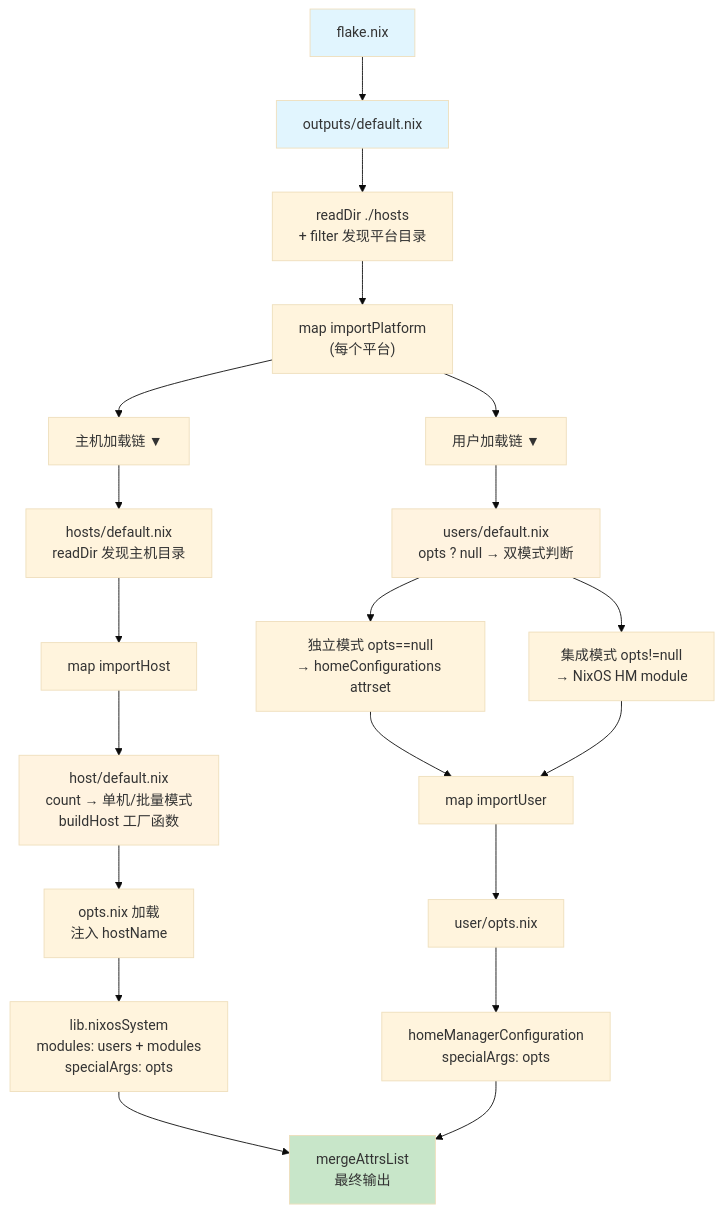
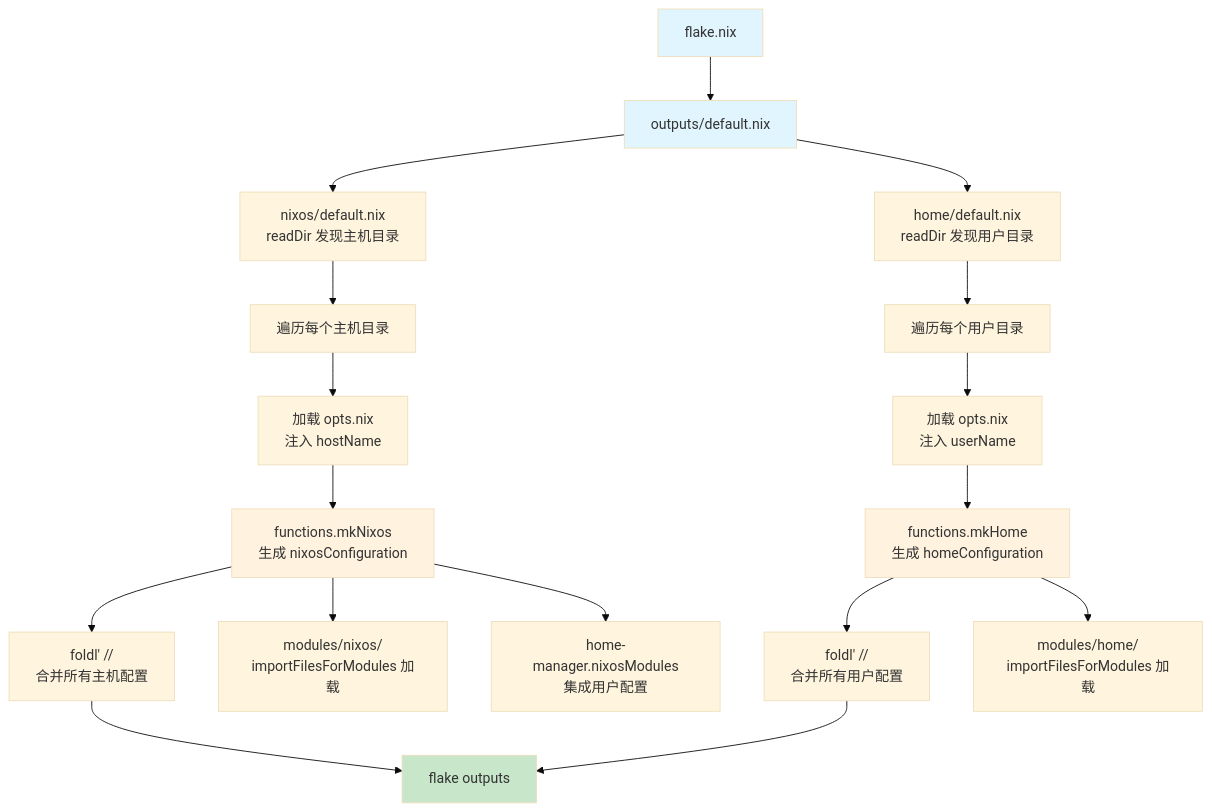
The diagram in docs/architecture.md (coldwitness/nix-config), drawn with Mermaid (base theme) before and after one commit. The commit also changed other lines of this file and 5 other files, not shown here.

````diff
--- a/docs/architecture.md
+++ b/docs/architecture.md
@@ -72,33 +25,30 @@
 ```mermaid
 flowchart TD
     FLAKE["flake.nix"] --> OUT["outputs/default.nix"]
 
-    OUT --> RD["readDir ./hosts<br/>+ filter 发现平台目录"]
-    RD --> IP["map importPlatform<br/>(每个平台)"]
+    OUT --> NIXOS["nixos/default.nix<br/>readDir 发现主机目录"]
+    OUT --> HOME["home/default.nix<br/>readDir 发现用户目录"]
 
-    IP --> HOST_CHAIN["主机加载链 ▼"]
-    IP --> USER_CHAIN["用户加载链 ▼"]
+    NIXOS --> HOST_LOOP["遍历每个主机目录"]
+    HOST_LOOP --> HOST_OPTS["加载 opts.nix<br/>注入 hostName"]
+    HOST_OPTS --> MK_NIXOS["functions.mkNixos<br/>生成 nixosConfiguration"]
+    MK_NIXOS --> MERGE_HOSTS["foldl' //<br/>合并所有主机配置"]
 
-    HOST_CHAIN --> HD["hosts/default.nix<br/>readDir 发现主机目录"]
-    HD --> IH["map importHost"]
-    IH --> HDEF["host/default.nix<br/>count → 单机/批量模式<br/>buildHost 工厂函数"]
-    HDEF --> OPTS["opts.nix 加载<br/>注入 hostName"]
-    OPTS --> NIXOS["lib.nixosSystem<br/>modules: users + modules<br/>specialArgs: opts"]
+    HOME --> USER_LOOP["遍历每个用户目录"]
+    USER_LOOP --> USER_OPTS["加载 opts.nix<br/>注入 userName"]
+    USER_OPTS --> MK_HOME["functions.mkHome<br/>生成 homeConfiguration"]
+    MK_HOME --> MERGE_USERS["foldl' //<br/>合并所有用户配置"]
 
-    USER_CHAIN --> UD["users/default.nix<br/>opts ? null → 双模式判断"]
-    UD --> MODE_A["独立模式 opts==null<br/>→ homeConfigurations attrset"]
-    UD --> MODE_B["集成模式 opts!=null<br/>→ NixOS HM module"]
-    MODE_A --> IU["map importUser"]
-    MODE_B --> IU
-    IU --> UOPTS["user/opts.nix"]
-    UOPTS --> HM["homeManagerConfiguration<br/>specialArgs: opts"]
+    MERGE_HOSTS --> FINAL["flake outputs"]
+    MERGE_USERS --> FINAL
 
-    NIXOS --> FINAL["mergeAttrsList<br/>最终输出"]
-    HM --> FINAL
+    MK_NIXOS --> MODULES_NIXOS["modules/nixos/<br/>importFilesForModules 加载"]
+    MK_NIXOS --> HM_NIXOS["home-manager.nixosModules<br/>集成用户配置"]
+    MK_HOME --> MODULES_HOME["modules/home/<br/>importFilesForModules 加载"]
 
     style FLAKE fill:#e1f5fe
     style OUT fill:#e1f5fe
     style FINAL fill:#c8e6c9
-    style HDEF fill:#fff3e0
-    style UD fill:#fff3e0
+    style MK_NIXOS fill:#fff3e0
+    style MK_HOME fill:#fff3e0
 ```
````
